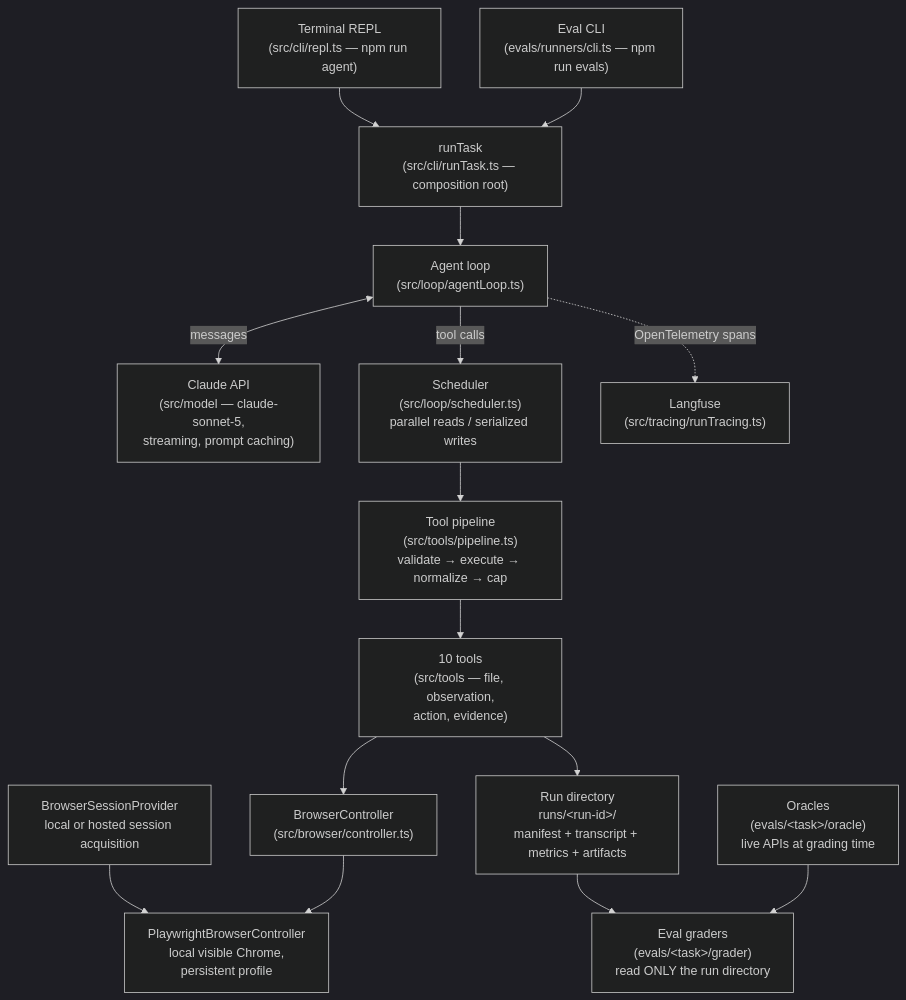
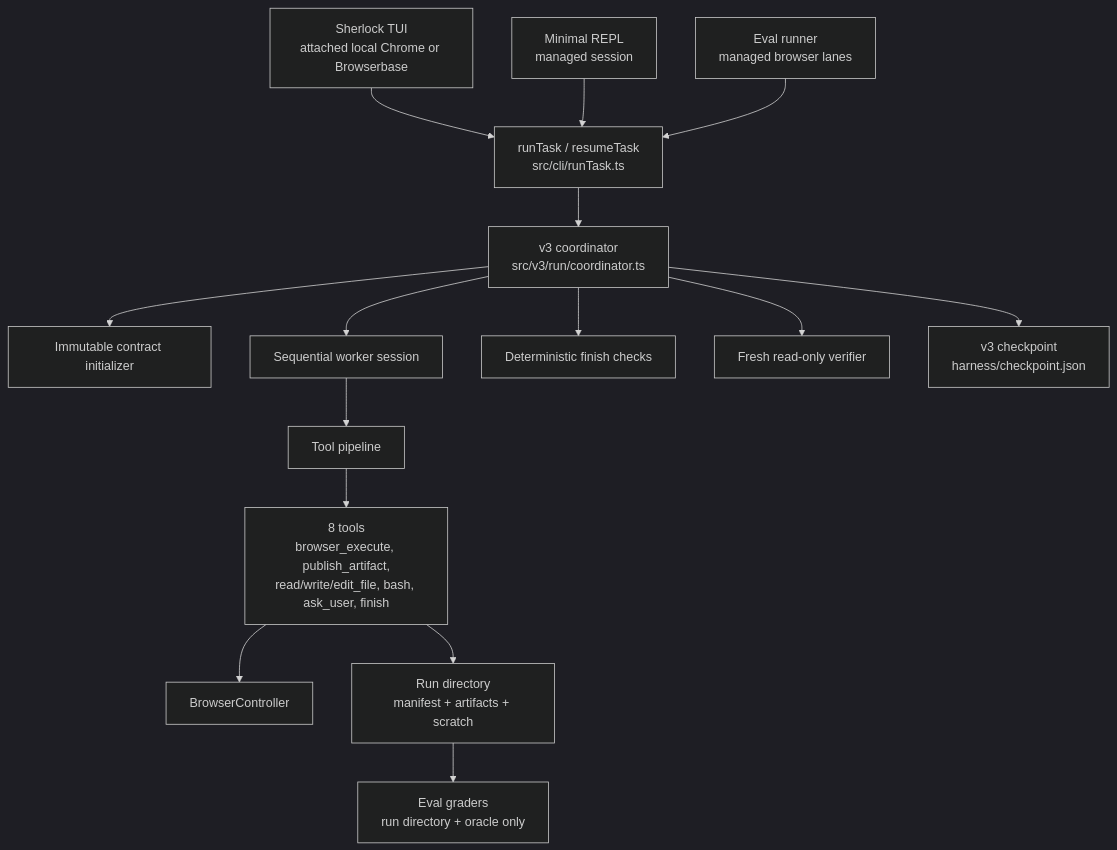
One commit to briosolivares/evidence-collection-agent changed the first of 2 diagrams in .agents/summary/architecture.md. Above: the diagram before and after it, drawn with Mermaid (dark theme). The commit also changed other lines of this file and 23 other files, not shown here.

Commit message:
docs: consolidate v3 architecture guidance

````diff
--- a/.agents/summary/architecture.md
+++ b/.agents/summary/architecture.md
@@ -7,17 +7,17 @@
 ```mermaid
 flowchart TD
-    U["Terminal REPL\n(src/cli/repl.ts — npm run agent)"] --> RT["runTask\n(src/cli/runTask.ts — composition root)"]
-    EV["Eval CLI\n(evals/runners/cli.ts — npm run evals)"] --> RT
-    RT --> L["Agent loop\n(src/loop/agentLoop.ts)"]
-    L <-->|"messages"| M["Claude API\n(src/model — claude-sonnet-5,\nstreaming, prompt caching)"]
-    L -->|"tool calls"| S["Scheduler\n(src/loop/scheduler.ts)\nparallel reads / serialized writes"]
-    S --> P["Tool pipeline\n(src/tools/pipeline.ts)\nvalidate → execute → normalize → cap"]
-    P --> T["10 tools\n(src/tools — file, observation,\naction, evidence)"]
-    T --> B["BrowserController\n(src/browser/controller.ts)"]
-    SP["BrowserSessionProvider\nlocal or hosted session acquisition"] --> PW["PlaywrightBrowserController\nlocal visible Chrome,\npersistent profile"]
-    B --> PW
-    T --> R["Run directory\nruns/&lt;run-id&gt;/\nmanifest + transcript + metrics + artifacts"]
-    L -.->|"OpenTelemetry spans"| O["Langfuse\n(src/tracing/runTracing.ts)"]
-    R --> G["Eval graders\n(evals/&lt;task&gt;/grader)\nread ONLY the run directory"]
-    OR["Oracles\n(evals/&lt;task&gt;/oracle)\nlive APIs at grading time"] --> G
+    TUI["Sherlock TUI\nattached local Chrome or Browserbase"] --> RT["runTask / resumeTask\nsrc/cli/runTask.ts"]
+    REPL["Minimal REPL\nmanaged session"] --> RT
+    EVAL["Eval runner\nmanaged browser lanes"] --> RT
+    RT --> C["v3 coordinator\nsrc/v3/run/coordinator.ts"]
+    C --> I["Immutable contract initializer"]
+    C --> W["Sequential worker session"]
+    C --> D["Deterministic finish checks"]
+    C --> V["Fresh read-only verifier"]
+    W --> P["Tool pipeline"]
+    P --> TOOLS["8 tools\nbrowser_execute, publish_artifact,\nread/write/edit_file, bash, ask_user, finish"]
+    TOOLS --> B["BrowserController"]
+    TOOLS --> R["Run directory\nmanifest + artifacts + scratch"]
+    C --> CP["v3 checkpoint\nharness/checkpoint.json"]
+    R --> G["Eval graders\nrun directory + oracle only"]
 ```
````
